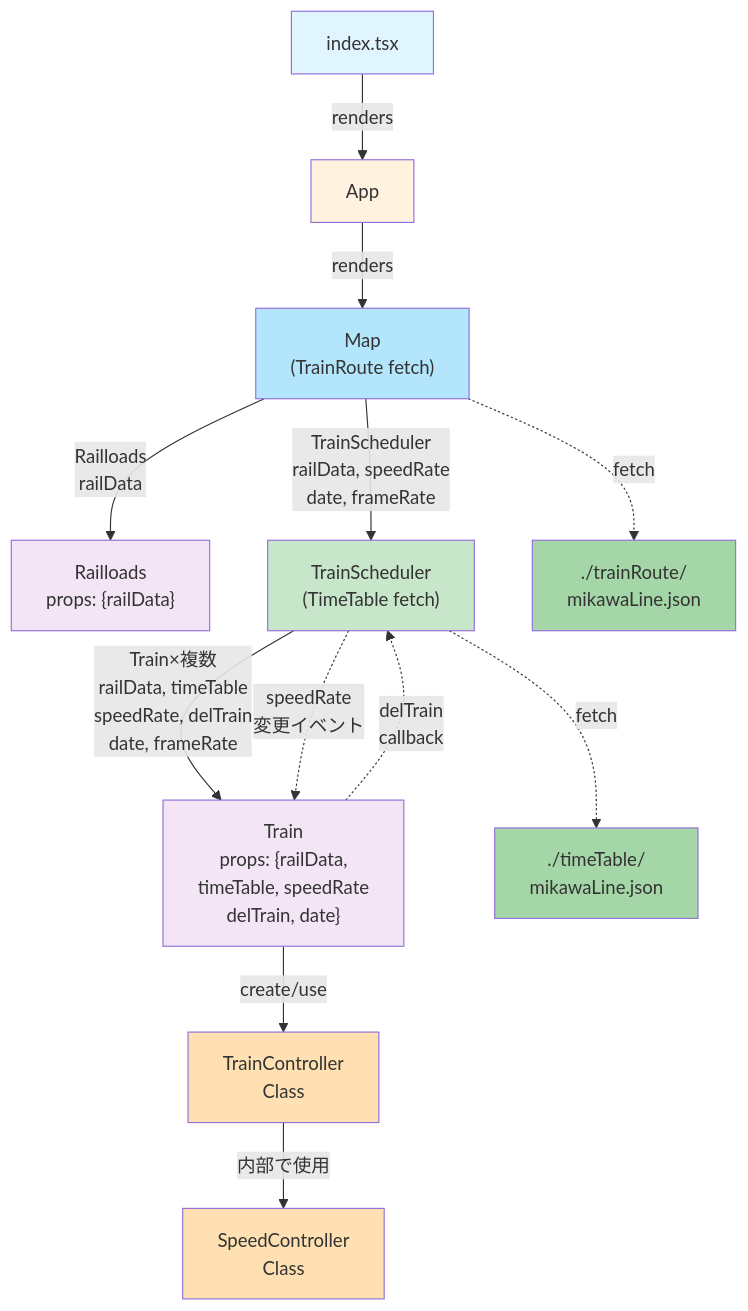
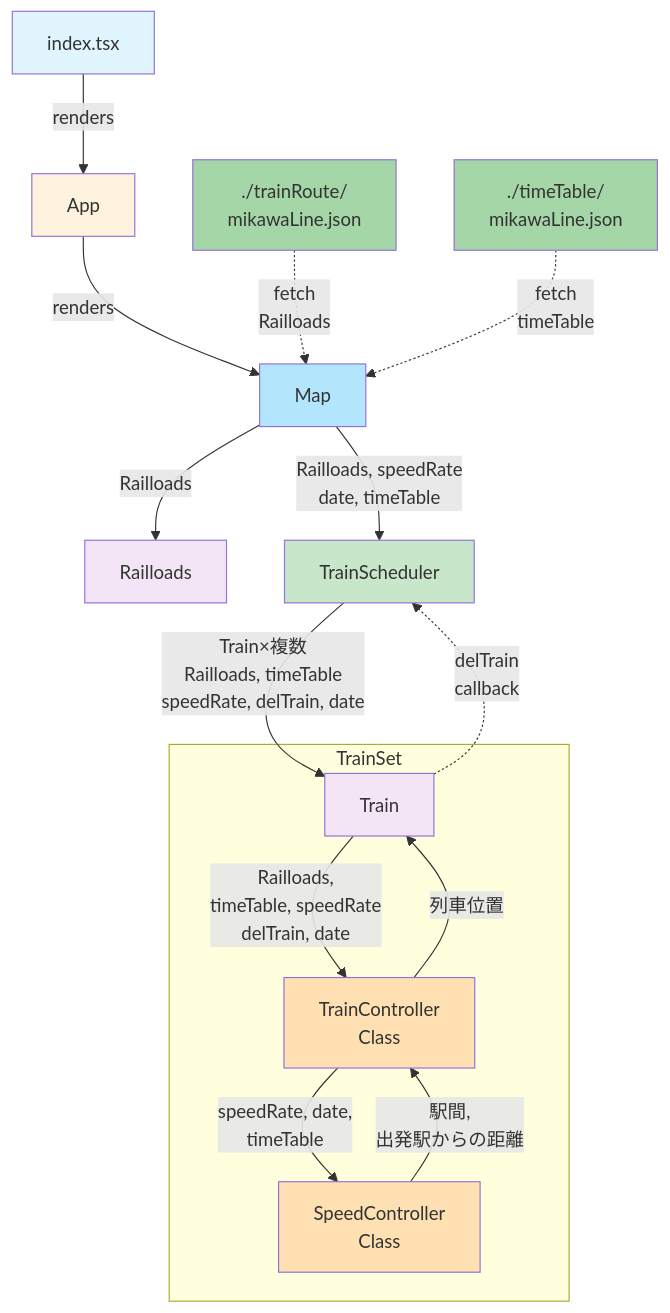
One commit to YugoNakamura/trainMap changed the diagram in typescript/trainmap/README.md. Above: the diagram before and after it, drawn with Mermaid. The commit also changed other lines of this file and 9 other files, not shown here.

First line of the commit message:
タイムワープ機能骨格部分実装完了 Refactor TrainScheduler component and update timeTable format

````diff
--- a/typescript/trainmap/README.md
+++ b/typescript/trainmap/README.md
@@ -184,40 +184,44 @@
 ```mermaid
 graph TD
     A["index.tsx"]
     App["App"]
-    Map["Map<br/>(TrainRoute fetch)"]
-    Railloads["Railloads<br/>props: {railData}"]
-    TrainScheduler["TrainScheduler<br/>(TimeTable fetch)"]
-    Train["Train<br/>props: {railData,<br/>timeTable, speedRate<br/>delTrain, date}"]
-    TC["TrainController<br/>Class"]
-    SC["SpeedController<br/>Class"]
+    Map["Map"]
+    Railloads["Railloads"]
+    TrainScheduler["TrainScheduler"]
+    subgraph TrainSet
+      Train["Train"]
+      TC["TrainController<br/>Class"]
+      SC["SpeedController<br/>Class"]
+    end
     
     JSON1["./trainRoute/<br/>mikawaLine.json"]
     JSON2["./timeTable/<br/>mikawaLine.json"]
     
     A -->|renders| App
     App -->|renders| Map
-    Map -->|Railloads<br/>railData| Railloads
-    Map -->|TrainScheduler<br/>railData, speedRate<br/>date, frameRate| TrainScheduler
-    TrainScheduler -->|Train×複数<br/>railData, timeTable<br/>speedRate, delTrain<br/>date, frameRate| Train
-    
-    Map -.->|fetch| JSON1
-    TrainScheduler -.->|fetch| JSON2
-    
-    Train -->|create/use| TC
-    TC -->|内部で使用| SC
-    
+    Map -->|Railloads| Railloads
+    Map -->|Railloads, speedRate<br/>date, timeTable| TrainScheduler
+
+    JSON1 -.->|fetch<br/>Railloads|Map
+    JSON2 -.->|fetch<br/>timeTable|Map
+
+    TrainScheduler -->|Train×複数<br/>Railloads, timeTable<br/>speedRate, delTrain, date| Train
     Train -.->|delTrain<br/>callback| TrainScheduler
-    TrainScheduler -.->|speedRate<br/>変更イベント| Train
+
+    Train -->|Railloads,<br/>timeTable, speedRate<br/>delTrain, date| TC
+    TC -->|列車位置| Train
+
+    TC -->|speedRate, date, <br/>timeTable| SC
+    SC -->|駅間, <br/>出発駅からの距離|TC
     
     style A fill:#e1f5ff
     style App fill:#fff3e0
     style Map fill:#b3e5fc
     style Railloads fill:#f3e5f5
     style TrainScheduler fill:#c8e6c9
     style Train fill:#f3e5f5
     style TC fill:#ffe0b2
     style SC fill:#ffe0b2
     style JSON1 fill:#a5d6a7
     style JSON2 fill:#a5d6a7
 ```
````
